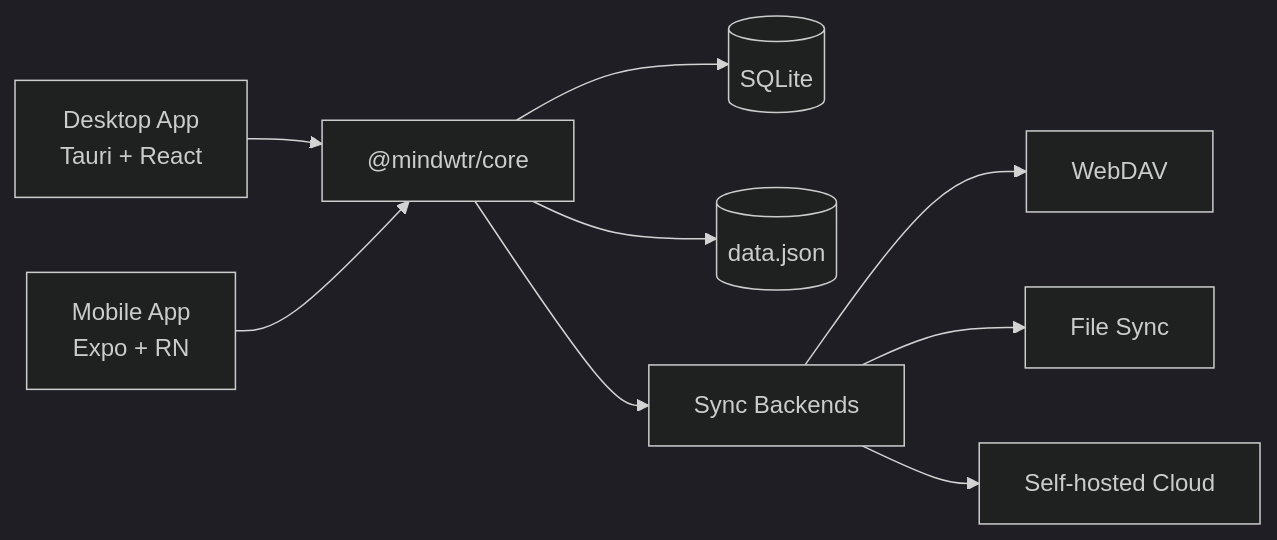
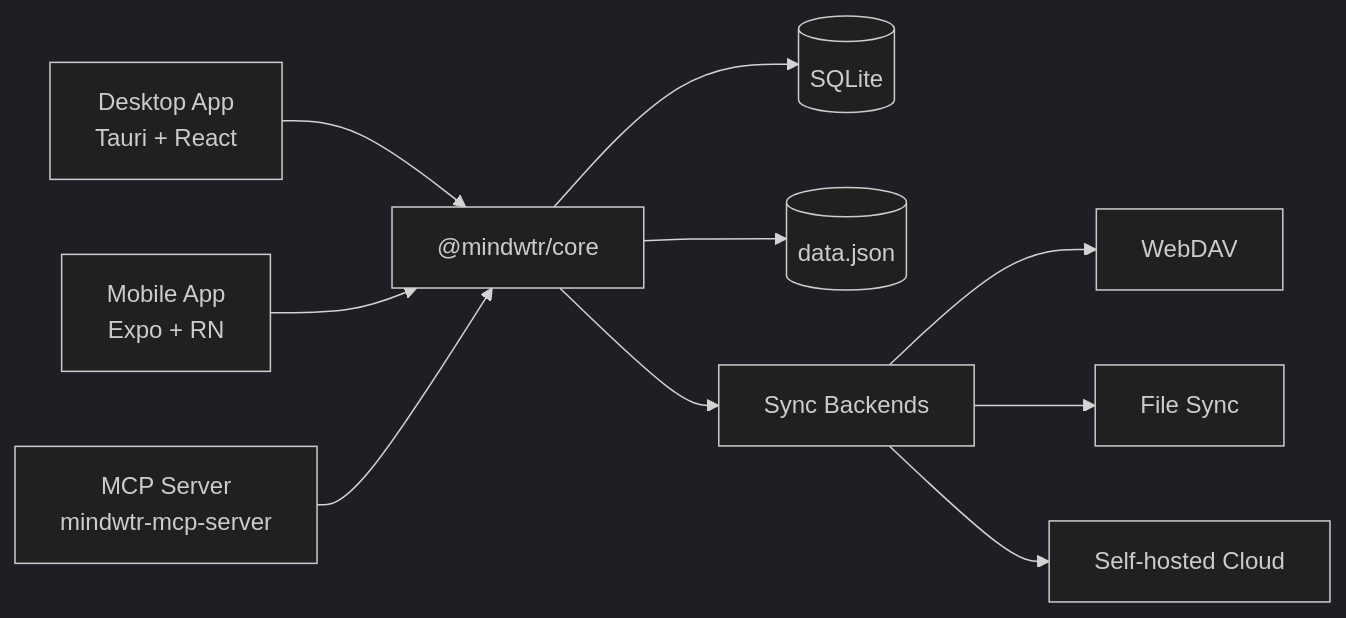
Before and after one commit to 11201010/Mindwtr: the diagram in wiki/Architecture.md, drawn with Mermaid (dark theme). The commit also changed other lines of this file, not shown here.

Commit message:
docs(wiki): include mcp server in architecture map

````diff
--- a/wiki/Architecture.md
+++ b/wiki/Architecture.md
@@ -43,11 +44,12 @@
 ```mermaid
 flowchart LR
     Desktop["Desktop App<br/>Tauri + React"] --> Core["@mindwtr/core"]
     Mobile["Mobile App<br/>Expo + RN"] --> Core
     Core --> LocalDB[("SQLite")]
     Core --> JSON[("data.json")]
     Core --> Sync["Sync Backends"]
     Sync --> WebDAV["WebDAV"]
     Sync --> File["File Sync"]
     Sync --> Cloud["Self-hosted Cloud"]
+    MCP["MCP Server<br/>mindwtr-mcp-server"] --> Core
 ```
````
